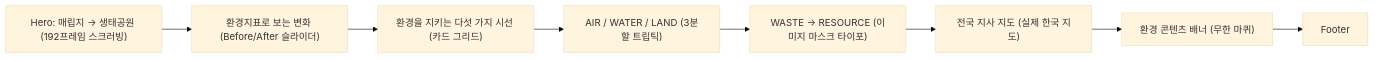
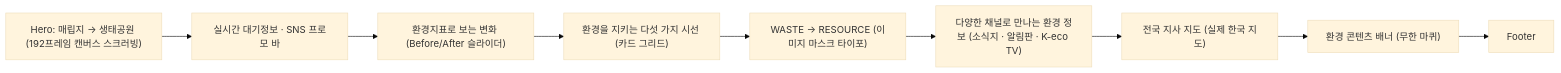
The diagram in README.md (seochaewon11/economy), drawn with Mermaid (base theme) before and after one commit. The commit also changed other lines of this file, not shown here.

First line of the commit message:
docs: README에서 삭제된 AIR/WATER/LAND 섹션 관련 설명 정리

````diff
--- a/README.md
+++ b/README.md
@@ -49,10 +49,11 @@
 ```mermaid
 flowchart LR
-    A["Hero: 매립지 → 생태공원 (192프레임 스크러빙)"] --> B["환경지표로 보는 변화 (Before/After 슬라이더)"]
-    B --> C["환경을 지키는 다섯 가지 시선 (카드 그리드)"]
-    C --> D["AIR / WATER / LAND (3분할 트립틱)"]
+    A["Hero: 매립지 → 생태공원 (192프레임 캔버스 스크러빙)"] --> B["실시간 대기정보 · SNS 프로모 바"]
+    B --> C["환경지표로 보는 변화 (Before/After 슬라이더)"]
+    C --> D["환경을 지키는 다섯 가지 시선 (카드 그리드)"]
     D --> E["WASTE → RESOURCE (이미지 마스크 타이포)"]
-    E --> F["전국 지사 지도 (실제 한국 지도)"]
-    F --> G["환경 콘텐츠 배너 (무한 마퀴)"]
-    G --> H["Footer"]
+    E --> F["다양한 채널로 만나는 환경 정보 (소식지 · 알림판 · K-eco TV)"]
+    F --> G["전국 지사 지도 (실제 한국 지도)"]
+    G --> H["환경 콘텐츠 배너 (무한 마퀴)"]
+    H --> I["Footer"]
 ```
````
